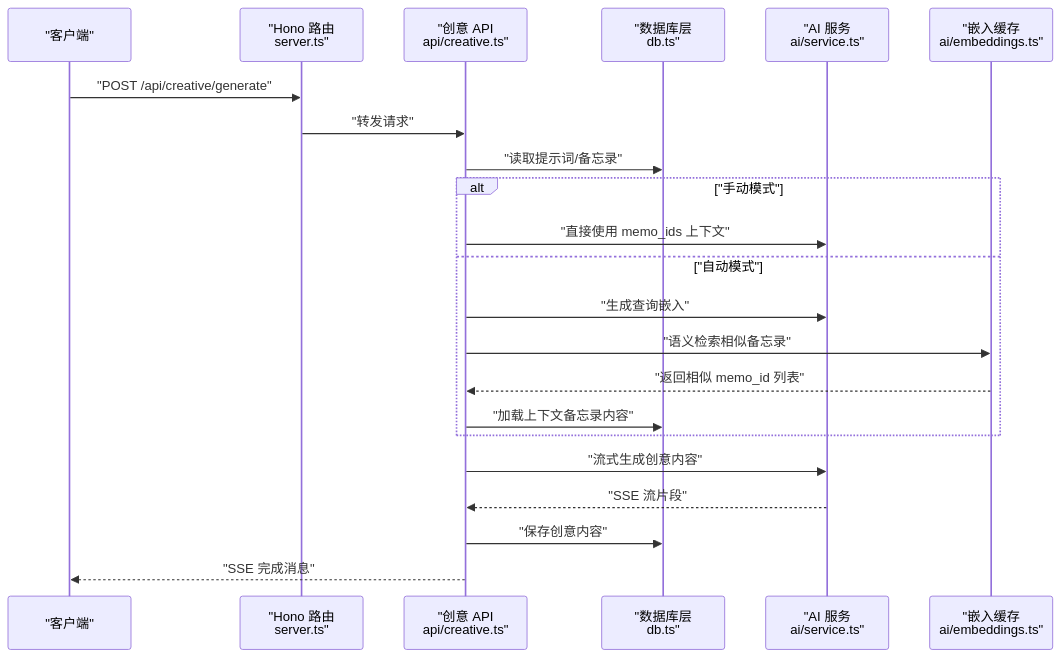
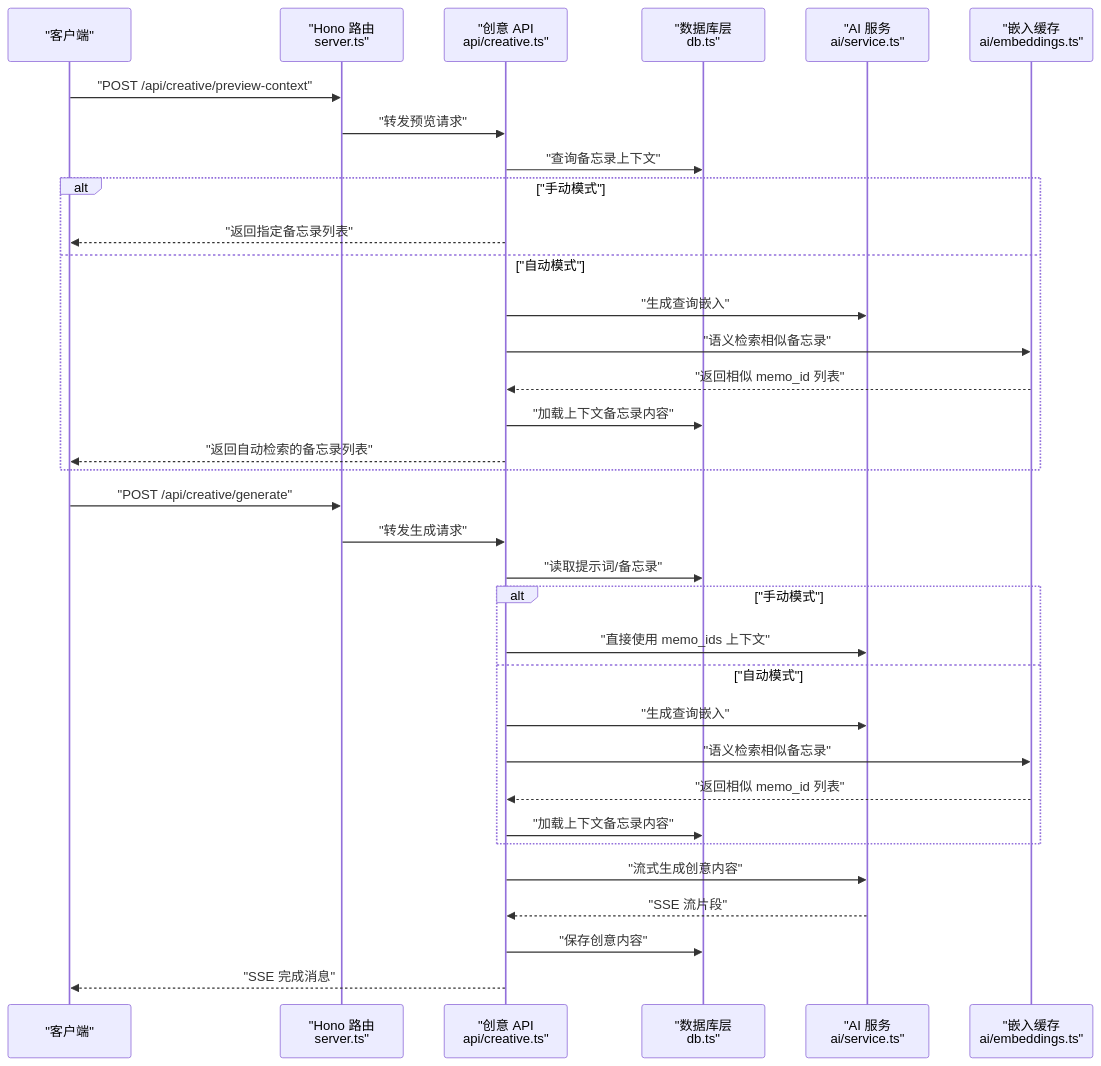
Before and after one commit to BlackBoxRecorder/memos: the second of 4 diagrams in .qoder/repowiki/zh/content/API 接口文档/创意内容 API.md, drawn with Mermaid. The commit also changed other lines of this file and 7 other files, not shown here.

````diff
--- a/.qoder/repowiki/zh/content/API 接口文档/创意内容 API.md
+++ b/.qoder/repowiki/zh/content/API 接口文档/创意内容 API.md
@@ -99,24 +108,36 @@
 ```mermaid
 sequenceDiagram
 participant C as "客户端"
 participant H as "Hono 路由<br/>server.ts"
 participant A as "创意 API<br/>api/creative.ts"
 participant DB as "数据库层<br/>db.ts"
 participant AI as "AI 服务<br/>ai/service.ts"
 participant E as "嵌入缓存<br/>ai/embeddings.ts"
+C->>H : "POST /api/creative/preview-context"
+H->>A : "转发预览请求"
+A->>DB : "查询备忘录上下文"
+alt "手动模式"
+A-->>C : "返回指定备忘录列表"
+else "自动模式"
+A->>AI : "生成查询嵌入"
+A->>E : "语义检索相似备忘录"
+E-->>A : "返回相似 memo_id 列表"
+A->>DB : "加载上下文备忘录内容"
+A-->>C : "返回自动检索的备忘录列表"
+end
 C->>H : "POST /api/creative/generate"
-H->>A : "转发请求"
+H->>A : "转发生成请求"
 A->>DB : "读取提示词/备忘录"
 alt "手动模式"
 A->>AI : "直接使用 memo_ids 上下文"
 else "自动模式"
 A->>AI : "生成查询嵌入"
 A->>E : "语义检索相似备忘录"
 E-->>A : "返回相似 memo_id 列表"
 A->>DB : "加载上下文备忘录内容"
 end
 A->>AI : "流式生成创意内容"
 AI-->>A : "SSE 流片段"
 A->>DB : "保存创意内容"
 A-->>C : "SSE 完成消息"
 ```
````
